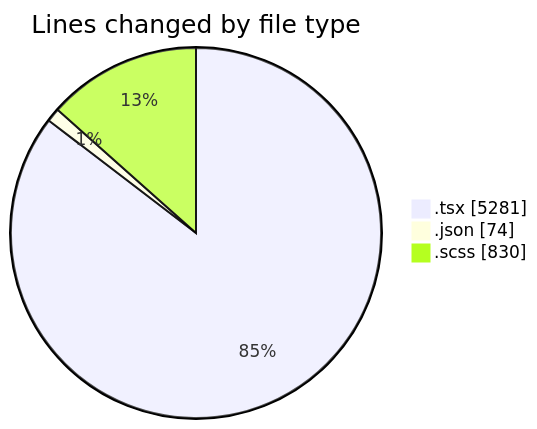
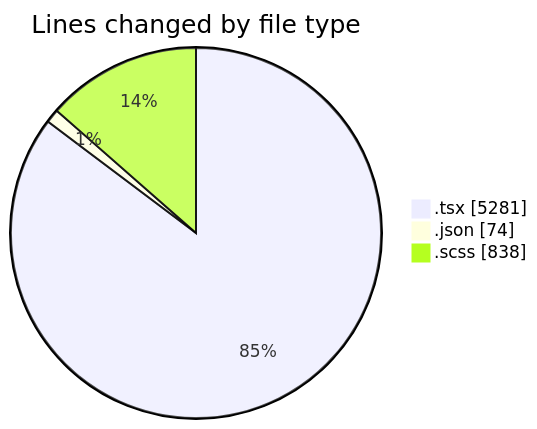
One commit to momahboobian/code-tracking changed the first of 2 diagrams in 2025-04-08/cda/README.md. Above: the diagram before and after it, drawn with Mermaid. The commit also changed other lines of this file and 1 other file, not shown here.

````diff
--- a/2025-04-08/cda/README.md
+++ b/2025-04-08/cda/README.md
@@ -36,7 +36,7 @@
 ```mermaid
 pie showData
 title Lines changed by file type
 ".tsx" : 5281
 ".json" : 74
-".scss" : 830
+".scss" : 838
 ```
````
